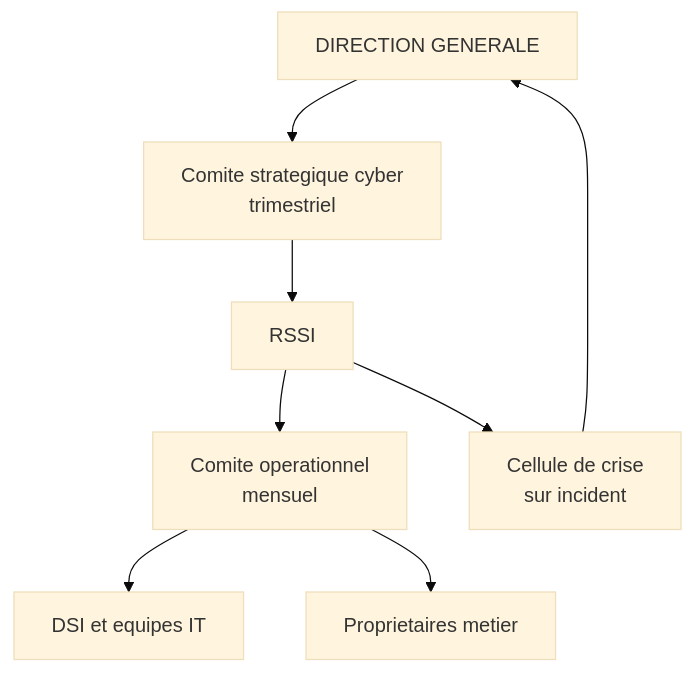
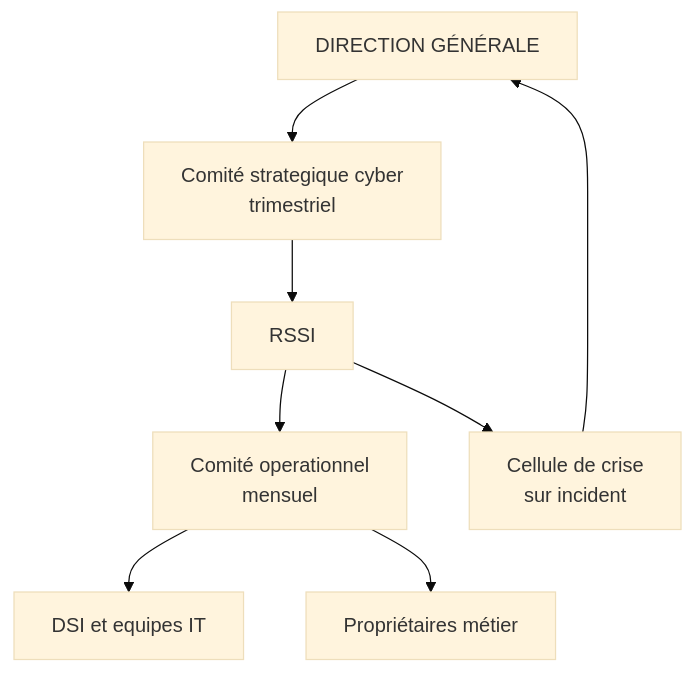
Before and after one commit to Gooseppr/GevOps_LC: the second of 2 diagrams in courses/reseaux-cybersecurite/29_rssi_strategie_securite.md, drawn with Mermaid (base theme). The commit also changed other lines of this file and 56 other files, not shown here.

````diff
--- a/courses/reseaux-cybersecurite/29_rssi_strategie_securite.md
+++ b/courses/reseaux-cybersecurite/29_rssi_strategie_securite.md
@@ -140,10 +140,10 @@
 ```mermaid
 flowchart TB
-    DG["DIRECTION GENERALE"] --> CS["Comite strategique cyber<br/>trimestriel"]
+    DG["DIRECTION GÉNÉRALE"] --> CS["Comité strategique cyber<br/>trimestriel"]
     CS --> RSSI["RSSI"]
-    RSSI --> CO["Comite operationnel<br/>mensuel"]
+    RSSI --> CO["Comité operationnel<br/>mensuel"]
     CO --> DSI["DSI et equipes IT"]
-    CO --> MET["Proprietaires metier"]
+    CO --> MET["Propriétaires métier"]
     RSSI --> CC["Cellule de crise<br/>sur incident"]
     CC --> DG
 ```
````
